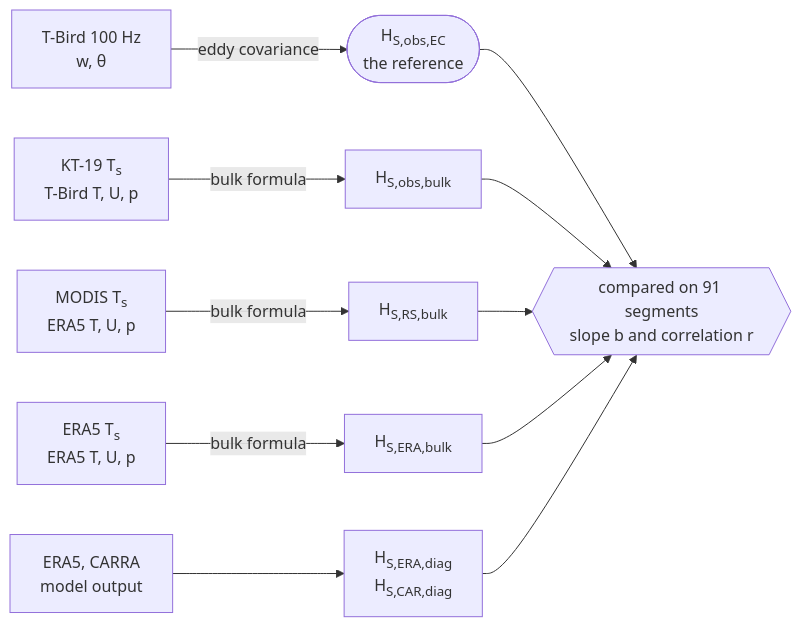
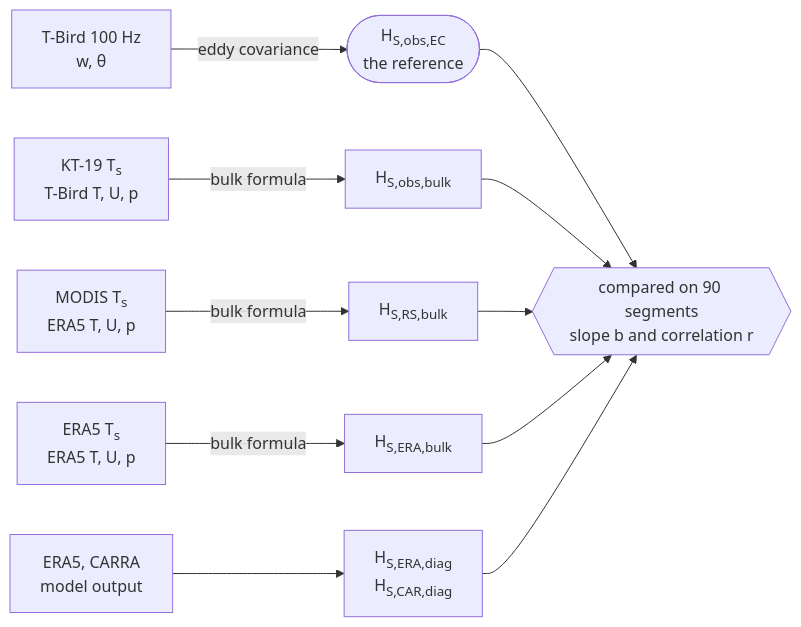
Before and after one commit to FranzFlink/bacsam2-flux-analysis: the diagram in docs/index.md, drawn with Mermaid. The commit also changed other lines of this file and 13 other files, not shown here.

````diff
--- a/docs/index.md
+++ b/docs/index.md
@@ -24,10 +24,10 @@
 ```mermaid
 flowchart LR
   W["T-Bird 100 Hz<br/>w, θ"] -->|eddy covariance| EC(["H<sub>S,obs,EC</sub><br/>the reference"])
   I["KT-19 T<sub>s</sub><br/>T-Bird T, U, p"] -->|bulk formula| OB["H<sub>S,obs,bulk</sub>"]
   M["MODIS T<sub>s</sub><br/>ERA5 T, U, p"] -->|bulk formula| RS["H<sub>S,RS,bulk</sub>"]
   E["ERA5 T<sub>s</sub><br/>ERA5 T, U, p"] -->|bulk formula| ER["H<sub>S,ERA,bulk</sub>"]
   D["ERA5, CARRA<br/>model output"] --> DG["H<sub>S,ERA,diag</sub><br/>H<sub>S,CAR,diag</sub>"]
-  EC --> C{{"compared on 91 segments<br/>slope b and correlation r"}}
+  EC --> C{{"compared on 90 segments<br/>slope b and correlation r"}}
   OB & RS & ER & DG --> C
 ```
````
